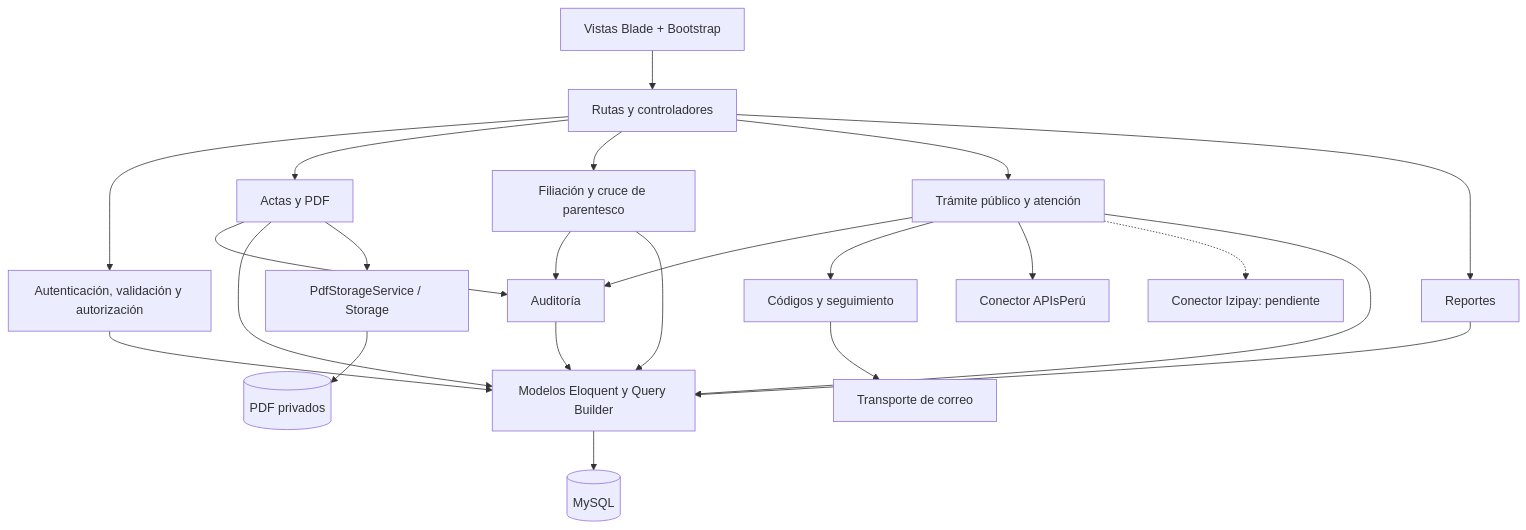
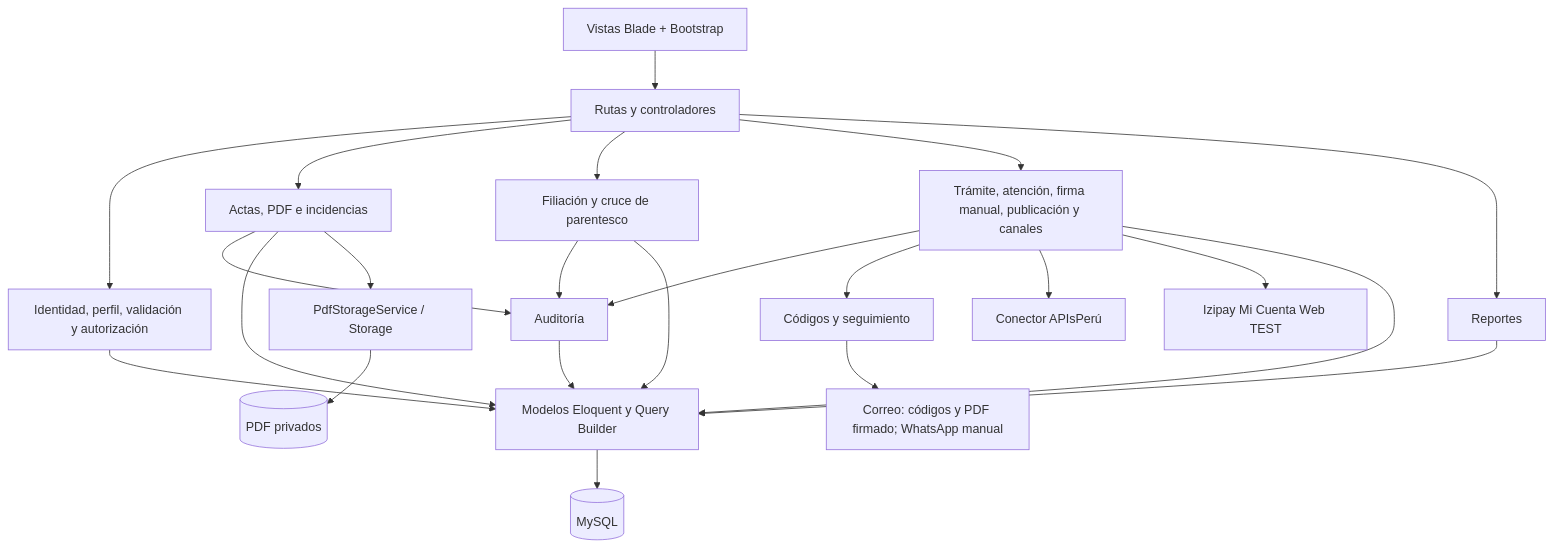
Before and after one commit to DeyviQC/RegistroCivil_arquiSoft_Quispe-02: the diagram in modelo-c4/Nivel3-Diagrama-de-Componentes.md, drawn with Mermaid. The commit also changed other lines of this file, not shown here.

Commit message:
docs: actualizar componentes C4 de perfil, incidencias y entrega

````diff
--- a/modelo-c4/Nivel3-Diagrama-de-Componentes.md
+++ b/modelo-c4/Nivel3-Diagrama-de-Componentes.md
@@ -19,25 +19,25 @@
 ```mermaid
 flowchart TD
     UI["Vistas Blade + Bootstrap"] --> Entrada["Rutas y controladores"]
-    Entrada --> Acceso["Autenticación, validación y autorización"]
-    Entrada --> Actas["Actas y PDF"]
+    Entrada --> Acceso["Identidad, perfil, validación y autorización"]
+    Entrada --> Actas["Actas, PDF e incidencias"]
     Entrada --> Filiacion["Filiación y cruce de parentesco"]
-    Entrada --> Tramites["Trámite público y atención"]
+    Entrada --> Tramites["Trámite, atención, firma manual, publicación y canales"]
     Entrada --> Reportes["Reportes"]
     Actas --> Auditoria["Auditoría"]
     Filiacion --> Auditoria
     Tramites --> Auditoria
     Tramites --> Codigo["Códigos y seguimiento"]
-    Codigo --> Correo["Transporte de correo"]
+    Codigo --> Correo["Correo: códigos y PDF firmado; WhatsApp manual"]
     Tramites --> Datos["Conector APIsPerú"]
-    Tramites -.-> Izipay["Conector Izipay: pendiente"]
+    Tramites --> Izipay["Izipay Mi Cuenta Web TEST"]
     Actas --> Modelos["Modelos Eloquent y Query Builder"]
     Filiacion --> Modelos
     Tramites --> Modelos
     Reportes --> Modelos
     Auditoria --> Modelos
     Acceso --> Modelos
     Modelos --> BD[("MySQL")]
     Actas --> Storage["PdfStorageService / Storage"]
     Storage --> PDF[("PDF privados")]
 ```
````
